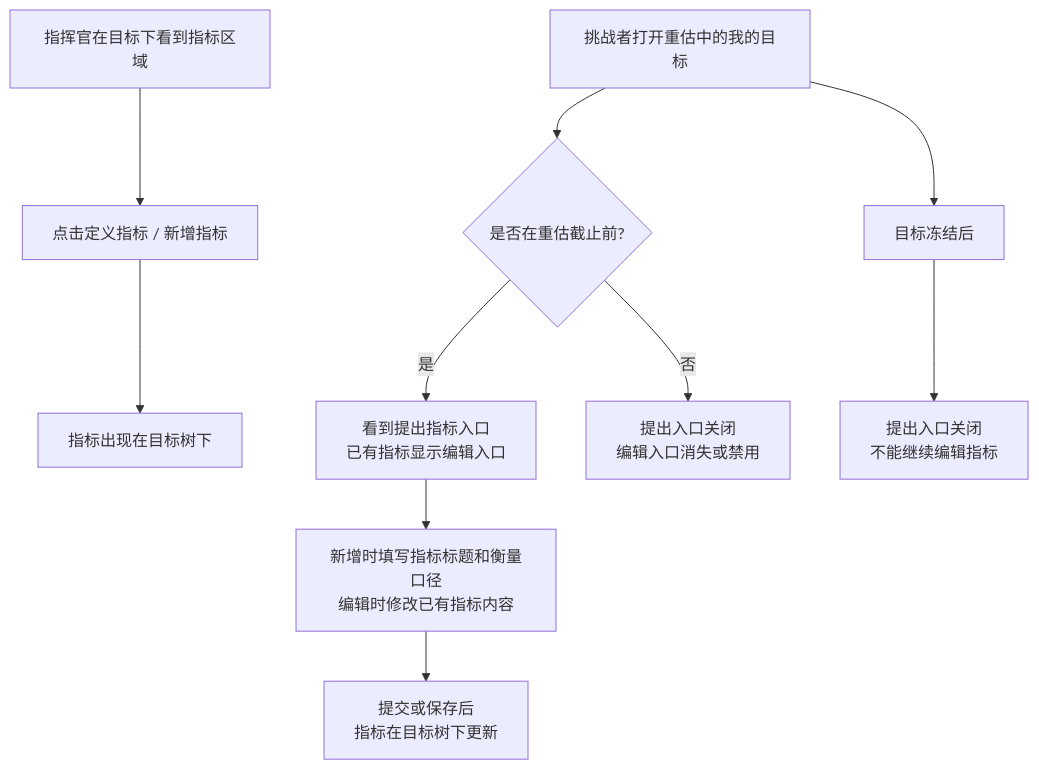
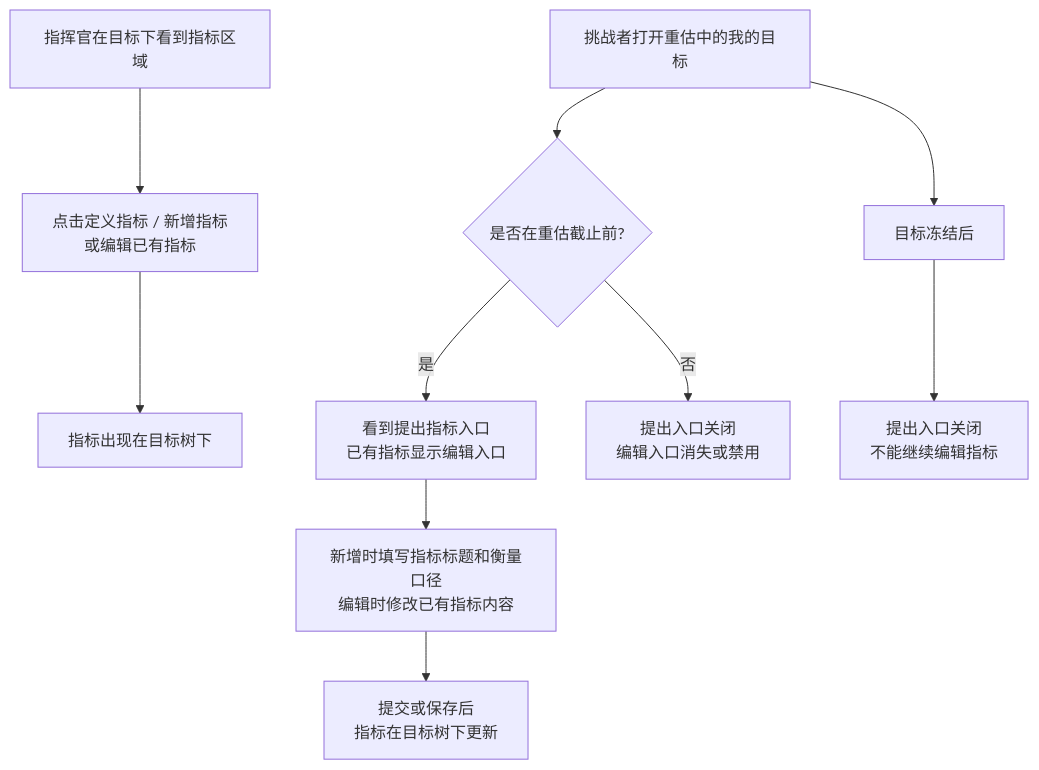
The fifth of 7 diagrams in docs/frontend/ORF 前端流程测试.md (xueyu888/ORF), drawn with Mermaid before and after one commit. The commit also changed other lines of this file and 51 other files, not shown here.

First line of the commit message:
feat: align ORF challenge flow

````diff
--- a/docs/frontend/ORF 前端流程测试.md
+++ b/docs/frontend/ORF 前端流程测试.md
@@ -200,12 +200,12 @@
 ```mermaid
 flowchart TD
-  A1[指挥官在目标下看到指标区域] --> A2[点击定义指标 / 新增指标]
+  A1[指挥官在目标下看到指标区域] --> A2[点击定义指标 / 新增指标<br/>或编辑已有指标]
   A2 --> A3[指标出现在目标树下]
   B1[挑战者打开重估中的我的目标] --> B2{是否在重估截止前?}
   B2 -->|是| B3[看到提出指标入口<br/>已有指标显示编辑入口]
   B3 --> B4[新增时填写指标标题和衡量口径<br/>编辑时修改已有指标内容]
   B4 --> B5[提交或保存后<br/>指标在目标树下更新]
   B2 -->|否| C1[提出入口关闭<br/>编辑入口消失或禁用]
   B1 --> D1[目标冻结后]
   D1 --> D2[提出入口关闭<br/>不能继续编辑指标]
 ```
````
